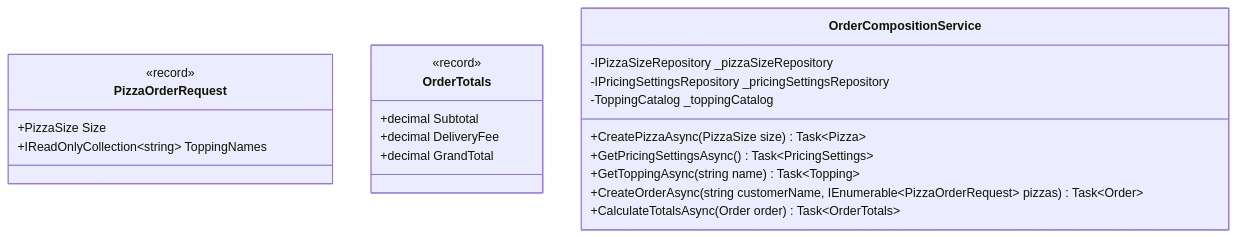
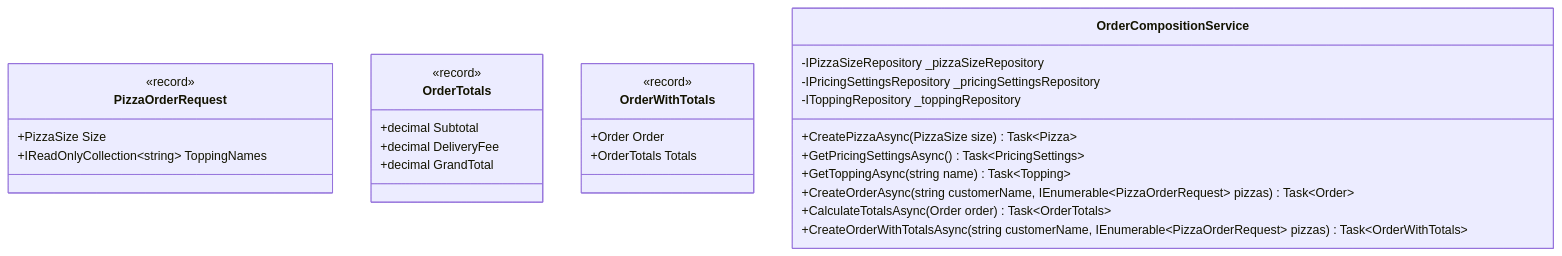
One commit to Timon-code95/PizzaShop changed diagram 11 of 13 in docs/c4-model/04a-class-diagram-spiegazione.md. Above: the diagram before and after it, drawn with Mermaid. The commit also changed other lines of this file and 11 other files, not shown here.

````diff
--- a/docs/c4-model/04a-class-diagram-spiegazione.md
+++ b/docs/c4-model/04a-class-diagram-spiegazione.md
@@ -376,26 +362,33 @@
 ```mermaid
 classDiagram
 	class PizzaOrderRequest {
 		<<record>>
 		+PizzaSize Size
 		+IReadOnlyCollection~string~ ToppingNames
 	}
 
 	class OrderTotals {
 		<<record>>
 		+decimal Subtotal
 		+decimal DeliveryFee
 		+decimal GrandTotal
 	}
 
+	class OrderWithTotals {
+		<<record>>
+		+Order Order
+		+OrderTotals Totals
+	}
+
 	class OrderCompositionService {
 		-IPizzaSizeRepository _pizzaSizeRepository
 		-IPricingSettingsRepository _pricingSettingsRepository
-		-ToppingCatalog _toppingCatalog
+		-IToppingRepository _toppingRepository
 		+CreatePizzaAsync(PizzaSize size) Task~Pizza~
 		+GetPricingSettingsAsync() Task~PricingSettings~
 		+GetToppingAsync(string name) Task~Topping~
 		+CreateOrderAsync(string customerName, IEnumerable~PizzaOrderRequest~ pizzas) Task~Order~
 		+CalculateTotalsAsync(Order order) Task~OrderTotals~
+		+CreateOrderWithTotalsAsync(string customerName, IEnumerable~PizzaOrderRequest~ pizzas) Task~OrderWithTotals~
 	}
 ```
````
